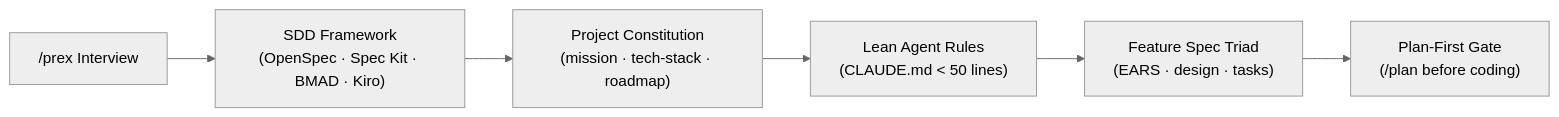
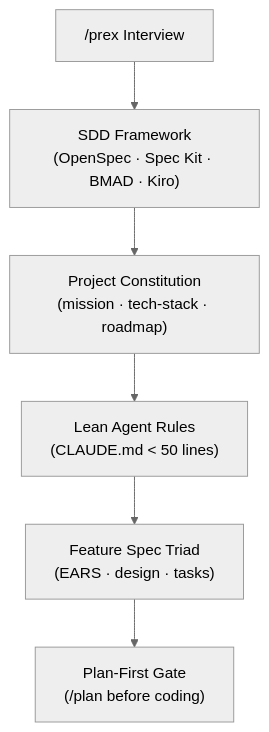
Before and after one commit to shifulegend/prex: the diagram in README.md, drawn with Mermaid (neutral theme). The commit also changed other lines of this file, not shown here.

Commit message:
Fix badge Markdown syntax and switch Why preX Mermaid flowchart to TD

````diff
--- a/README.md
+++ b/README.md
@@ -20,8 +20,8 @@
 ```mermaid
-flowchart LR
+flowchart TD
     A["/prex Interview"] --> B["SDD Framework<br/>(OpenSpec · Spec Kit · BMAD · Kiro)"]
     B --> C["Project Constitution<br/>(mission · tech-stack · roadmap)"]
     C --> D["Lean Agent Rules<br/>(CLAUDE.md < 50 lines)"]
     D --> E["Feature Spec Triad<br/>(EARS · design · tasks)"]
     E --> F["Plan-First Gate<br/>(/plan before coding)"]
 ```
````
